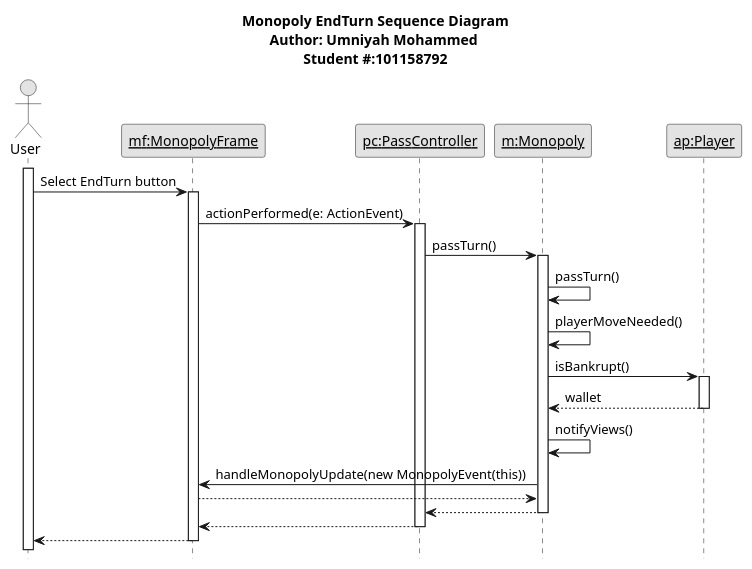
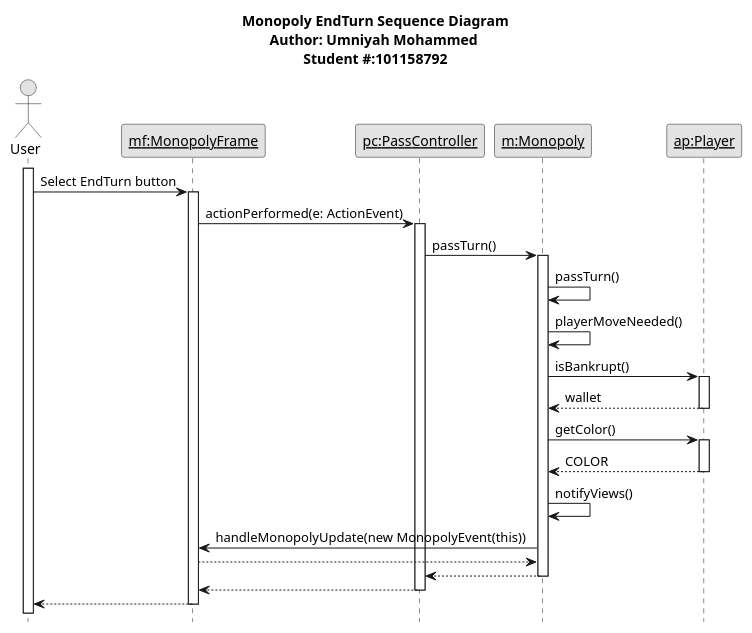
One commit to MiniEinsteinD/MonopolyGame changed the diagram in src/Monopoly EndTurn Sequence Diagram.puml. Above: the diagram before and after it, drawn with PlantUML. The commit also changed 3 other files, not shown here.

```diff
--- a/src/Monopoly EndTurn Sequence Diagram.puml
+++ b/src/Monopoly EndTurn Sequence Diagram.puml
@@ -1,44 +1,49 @@
 @startuml Monopoly EndTurn Sequence Diagram
 
 title Monopoly EndTurn Sequence Diagram\nAuthor: Umniyah Mohammed \nStudent #:101158792
 
 hide footbox
 skinparam monochrome true
 
 actor User as User
 participant "<u>mf:MonopolyFrame" as mf
 participant "<u>pc:PassController" as pc
 participant "<u>m:Monopoly" as m
 participant "<u>ap:Player" as ap
 
 activate User
 
 User -> mf: Select EndTurn button
 activate mf
 
 mf -> pc: actionPerformed(e: ActionEvent)
 activate pc
 
 pc -> m: passTurn()
 activate m
 
 m -> m: passTurn()
 m -> m: playerMoveNeeded()
 
 m -> ap: isBankrupt()
 activate ap
 ap --> m: wallet
 deactivate ap
 
+m -> ap: getColor()
+activate ap
+ap --> m: COLOR
+deactivate ap
+
 m -> m: notifyViews()
 m -> mf: handleMonopolyUpdate(new MonopolyEvent(this))
 mf --> m
 m --> pc
 deactivate m
 
 pc --> mf
 deactivate pc
 
 mf --> User
 deactivate mf
 @enduml
```
